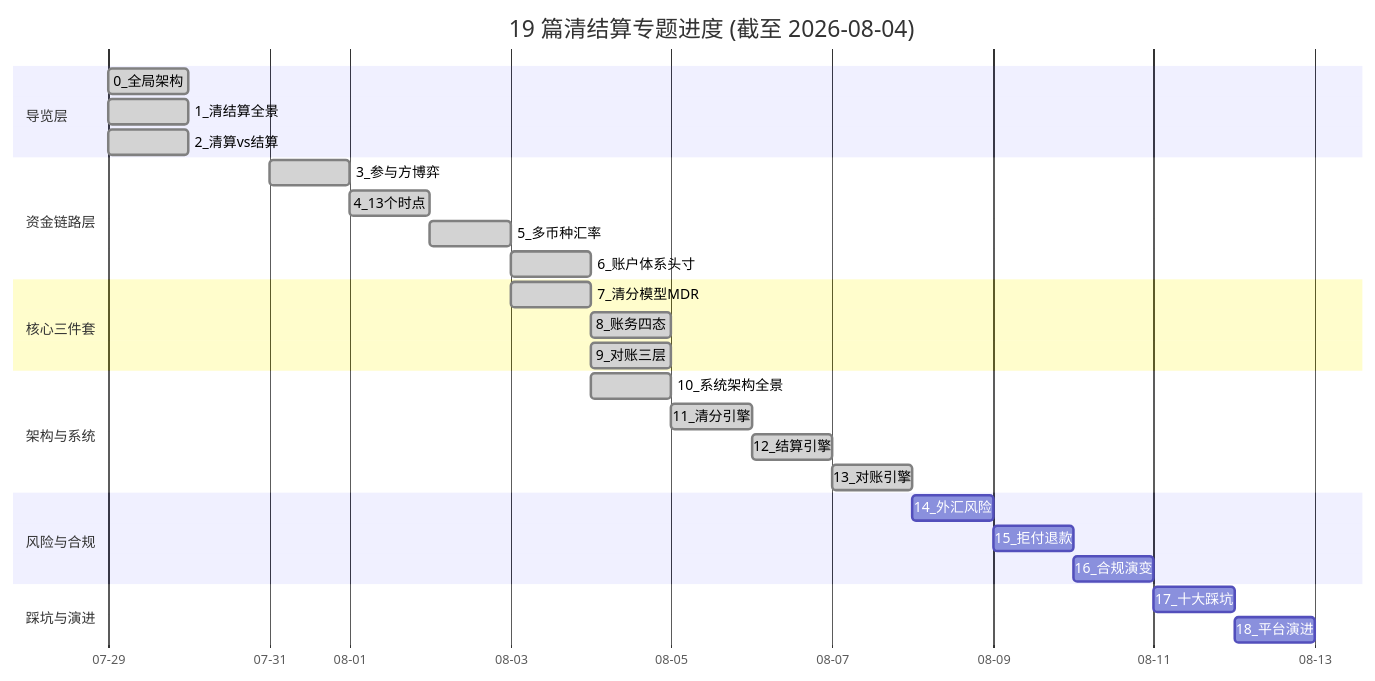
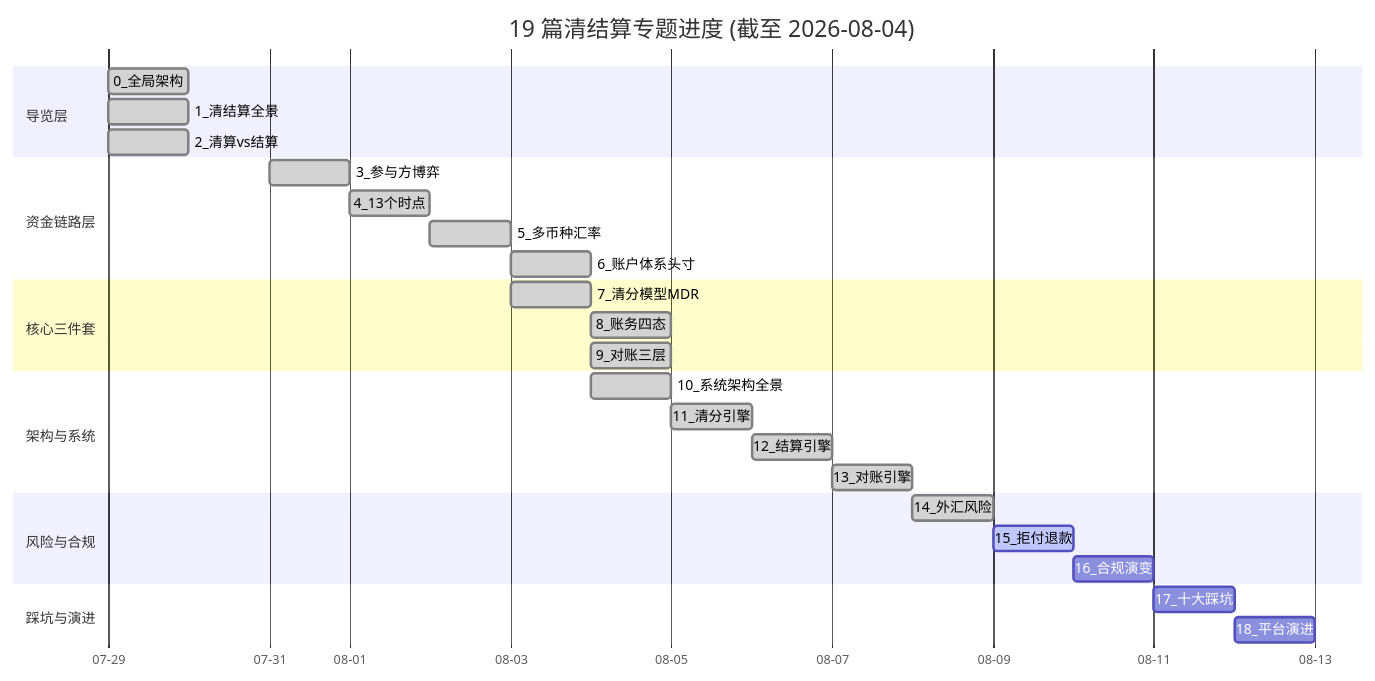
One commit to xiaobo1997/programmer-knowledge-graph changed the second of 2 diagrams in docs/biz/跨境支付/清结算体系/PROGRESS.md. Above: the diagram before and after it, drawn with Mermaid. The commit also changed other lines of this file and 4 other files, not shown here.

````diff
--- a/docs/biz/跨境支付/清结算体系/PROGRESS.md
+++ b/docs/biz/跨境支付/清结算体系/PROGRESS.md
@@ -173,37 +174,37 @@
 ```mermaid
 gantt
     title 19 篇清结算专题进度 (截至 2026-08-04)
     dateFormat  YYYY-MM-DD
     axisFormat  %m-%d
 
     section 导览层
     0_全局架构           :done,    0-0, 2026-07-29, 1d
     1_清结算全景         :done,    0-1, 2026-07-29, 1d
     2_清算vs结算         :done,    0-2, 2026-07-29, 1d
 
     section 资金链路层
     3_参与方博弈         :done,    1-3, 2026-07-31, 1d
     4_13个时点           :done,    1-4, 2026-08-01, 1d
     5_多币种汇率         :done,    1-5, 2026-08-02, 1d
     6_账户体系头寸       :done,    1-6, 2026-08-03, 1d
 
     section 核心三件套
     7_清分模型MDR        :done,    2-7, 2026-08-03, 1d
     8_账务四态           :done,    2-8, 2026-08-04, 1d
     9_对账三层           :done,    2-9, 2026-08-04, 1d
 
     section 架构与系统
     10_系统架构全景       :done,    3-10, 2026-08-04, 1d
     11_清分引擎          :done,    3-11, 2026-08-05, 1d
     12_结算引擎          :done,    3-12, 2026-08-06, 1d
     13_对账引擎          :done,    3-13, 2026-08-07, 1d
 
     section 风险与合规
-    14_外汇风险          :         4-14, after 3-13, 1d
-    15_拒付退款          :         4-15, after 4-14, 1d
+    14_外汇风险          :done,    4-14, 2026-08-08, 1d
+    15_拒付退款          :active,  4-15, 2026-08-09, 1d
     16_合规演变          :         4-16, after 4-15, 1d
 
     section 踩坑与演进
     17_十大踩坑          :         5-17, after 4-16, 1d
     18_平台演进          :         5-18, after 5-17, 1d
 ```
````
